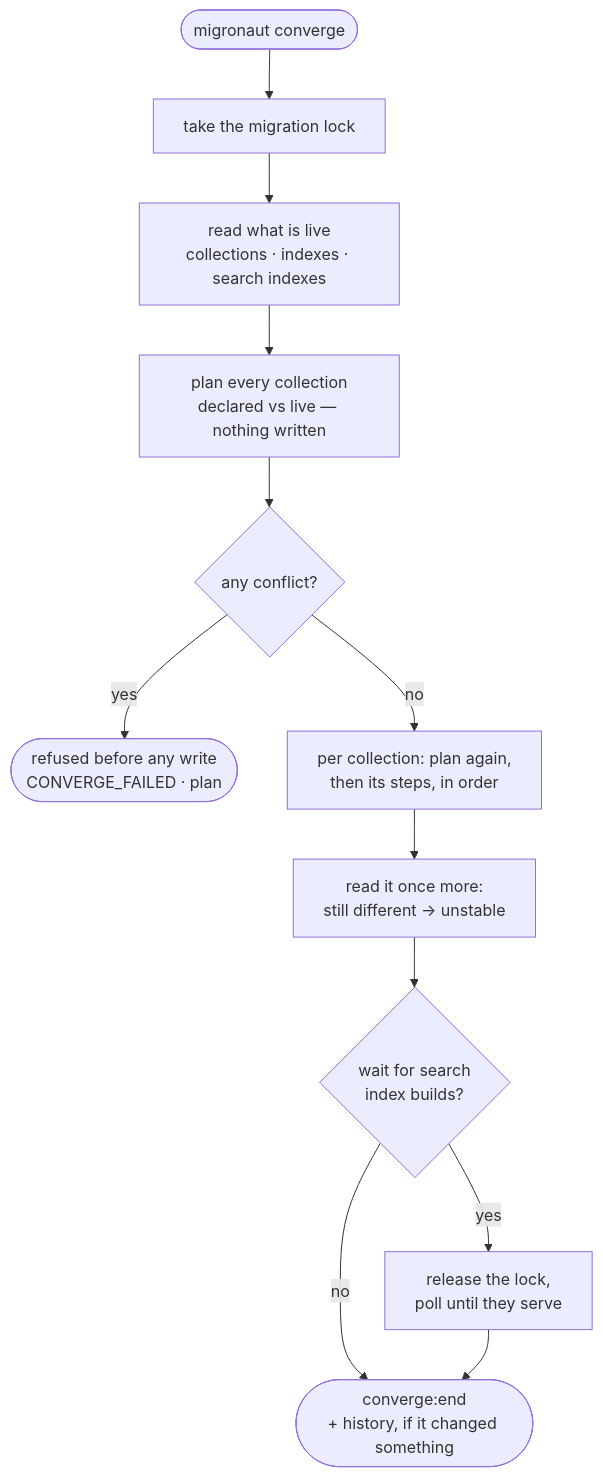
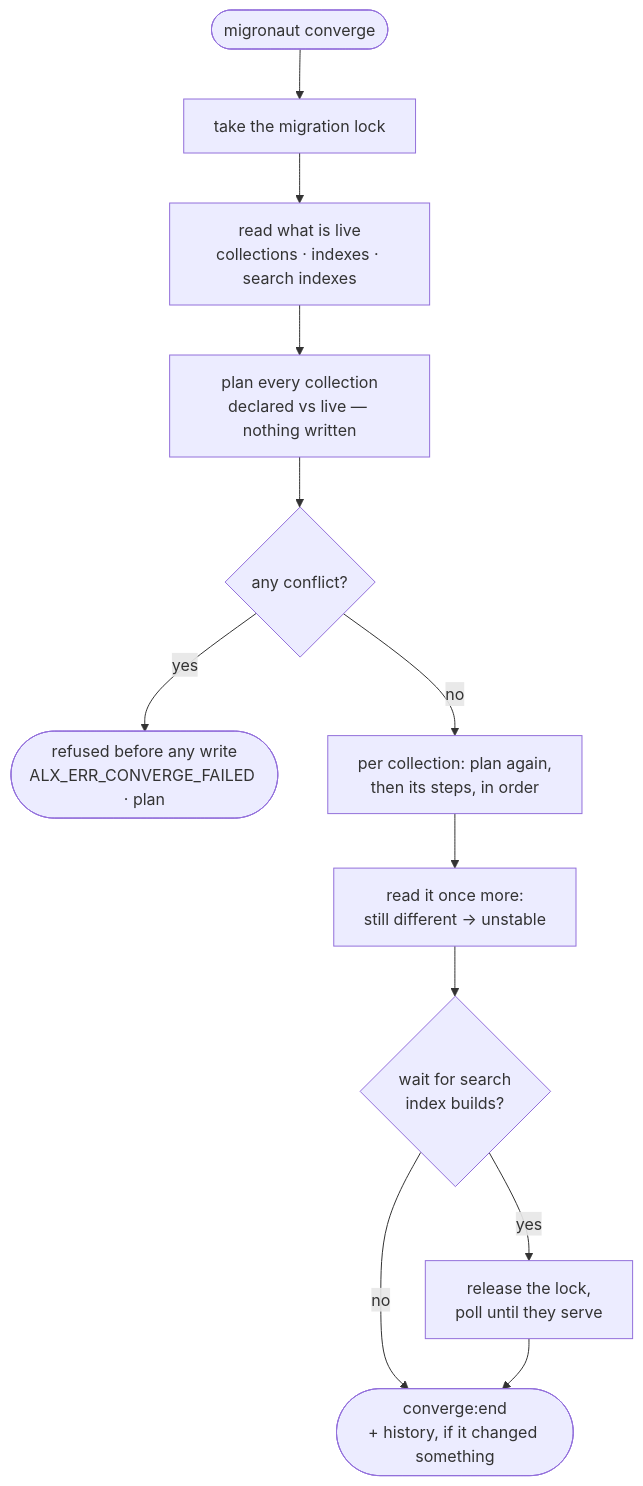
Before and after one commit to Alexis-Technologies/migronaut: the diagram in docs/guide/collections.md, drawn with Mermaid. The commit also changed other lines of this file and 310 other files, not shown here.

First line of the commit message:
Migronaut v3.0: ALX_ERR_ error codes, and the codebase on the alexiskills conventions (#10)

````diff
--- a/docs/guide/collections.md
+++ b/docs/guide/collections.md
@@ -167,14 +167,14 @@
 ```mermaid
 flowchart TB
   accTitle: A converge run
   START(["migronaut converge"]):::ext --> LOCK["take the migration lock"]
   LOCK --> READ["read what is live<br/>collections · indexes · search indexes"]
   READ --> PLAN["plan every collection<br/>declared vs live — nothing written"]
   PLAN --> CONFLICT{"any conflict?"}
-  CONFLICT -- yes --> REFUSE(["refused before any write<br/>CONVERGE_FAILED · plan"]):::warn
+  CONFLICT -- yes --> REFUSE(["refused before any write<br/>ALX_ERR_CONVERGE_FAILED · plan"]):::warn
   CONFLICT -- no --> APPLY["per collection: plan again,<br/>then its steps, in order"]:::core
   APPLY --> CHECK["read it once more:<br/>still different → unstable"]
   CHECK --> WAIT{"wait for search<br/>index builds?"}
   WAIT -- no --> END(["converge:end<br/>+ history, if it changed something"])
   WAIT -- yes --> EARLY["release the lock,<br/>poll until they serve"] --> END
 ```
````
